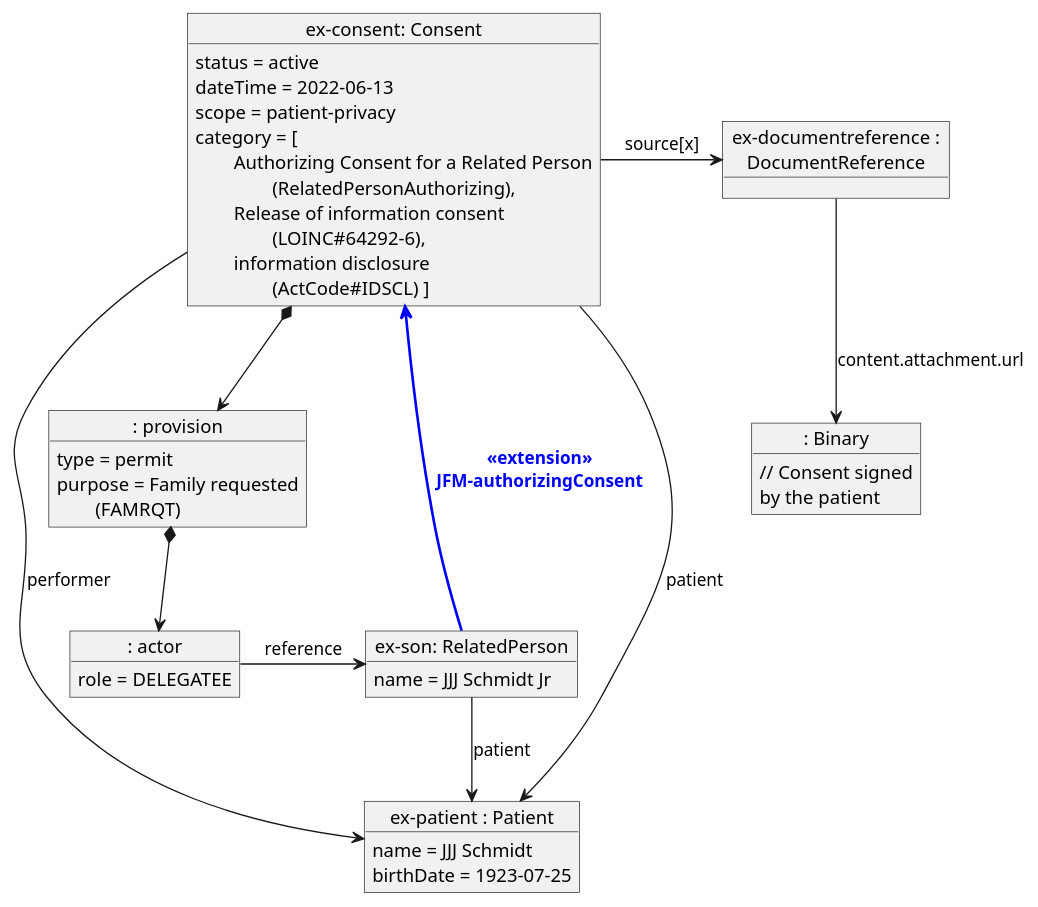
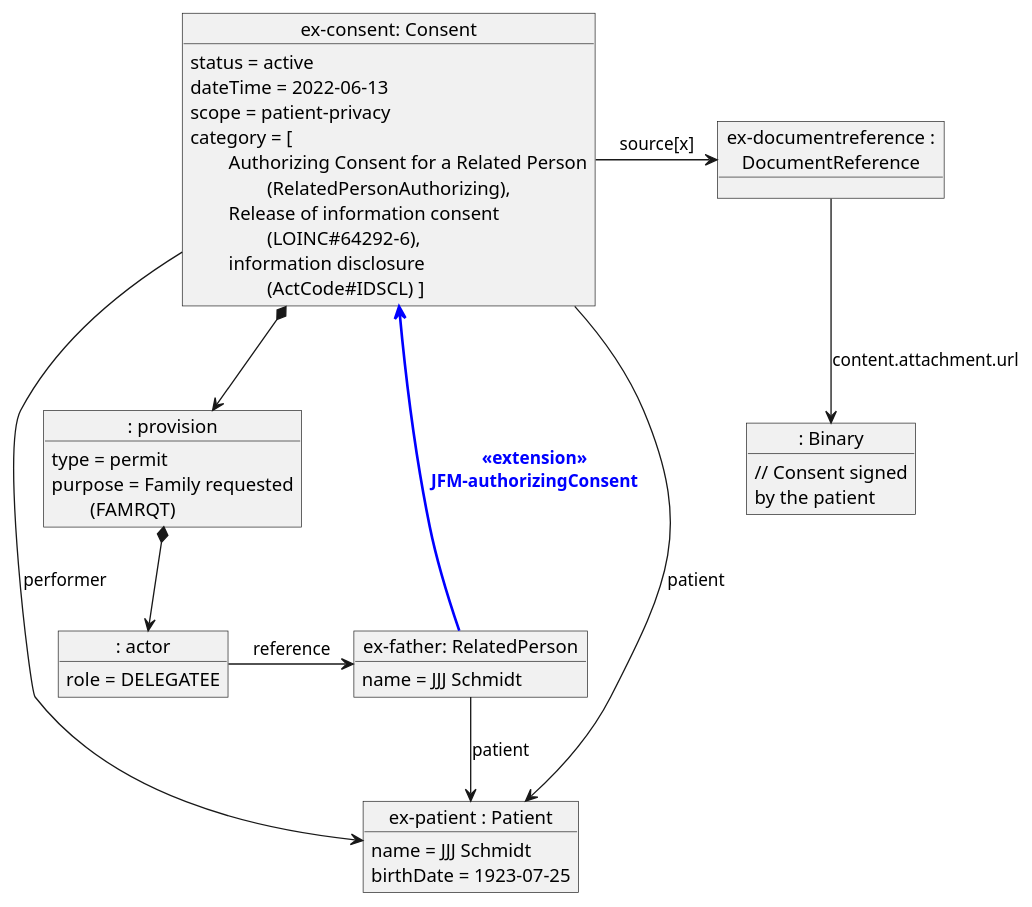
The diagram in input/images-source/example.plantuml (JohnMoehrke/RelatedPersonConsent), drawn with PlantUML before and after one commit.

Commit message:
son -> father

```diff
--- a/input/images-source/example.plantuml
+++ b/input/images-source/example.plantuml
@@ -1,32 +1,32 @@
 @startuml
 object "ex-documentreference :\nDocumentReference" as docref [[DocumentReference-ex-documentreference.html]]
 object ": Binary" as doc
 docref --> doc : content.attachment.url
 doc : // Consent signed\nby the patient
 object "ex-patient : Patient" as pat [[Patient-ex-patient.html]]
 pat : name = JJJ Schmidt
 pat : birthDate = 1923-07-25
-object "ex-son: RelatedPerson" as rel [[RelatedPerson-ex-father.html]]
-rel : name = JJJ Schmidt Jr
+object "ex-father: RelatedPerson" as rel [[RelatedPerson-ex-father.html]]
+rel : name = JJJ Schmidt
 rel --> pat : patient
 object "ex-consent: Consent" as consent [[Consent-ex-consent.html]]
 
 consent : status = active
 consent : dateTime = 2022-06-13
 consent : scope = patient-privacy
 consent : category = [\n\tAuthorizing Consent for a Related Person\n\t\t(RelatedPersonAuthorizing),\n\tRelease of information consent\n\t\t(LOINC#64292-6),\n\tinformation disclosure\n\t\t(ActCode#IDSCL) ]
 consent -> pat : patient
 consent -> pat : performer
 consent <--[#blue,bold] rel : <font color=blue>**<<extension>>**</font>\n<font color=blue>**JFM-authorizingConsent**</font>
 consent -> docref : source[x]
 object ": provision" as prov
 consent *--> prov
 prov : type = permit
 prov : purpose = Family requested\n\t(FAMRQT)
 object ": actor" as provactor0
 prov *-d-> provactor0
 provactor0 -> rel : reference
 provactor0 : role = DELEGATEE
 
 
 @enduml
```
